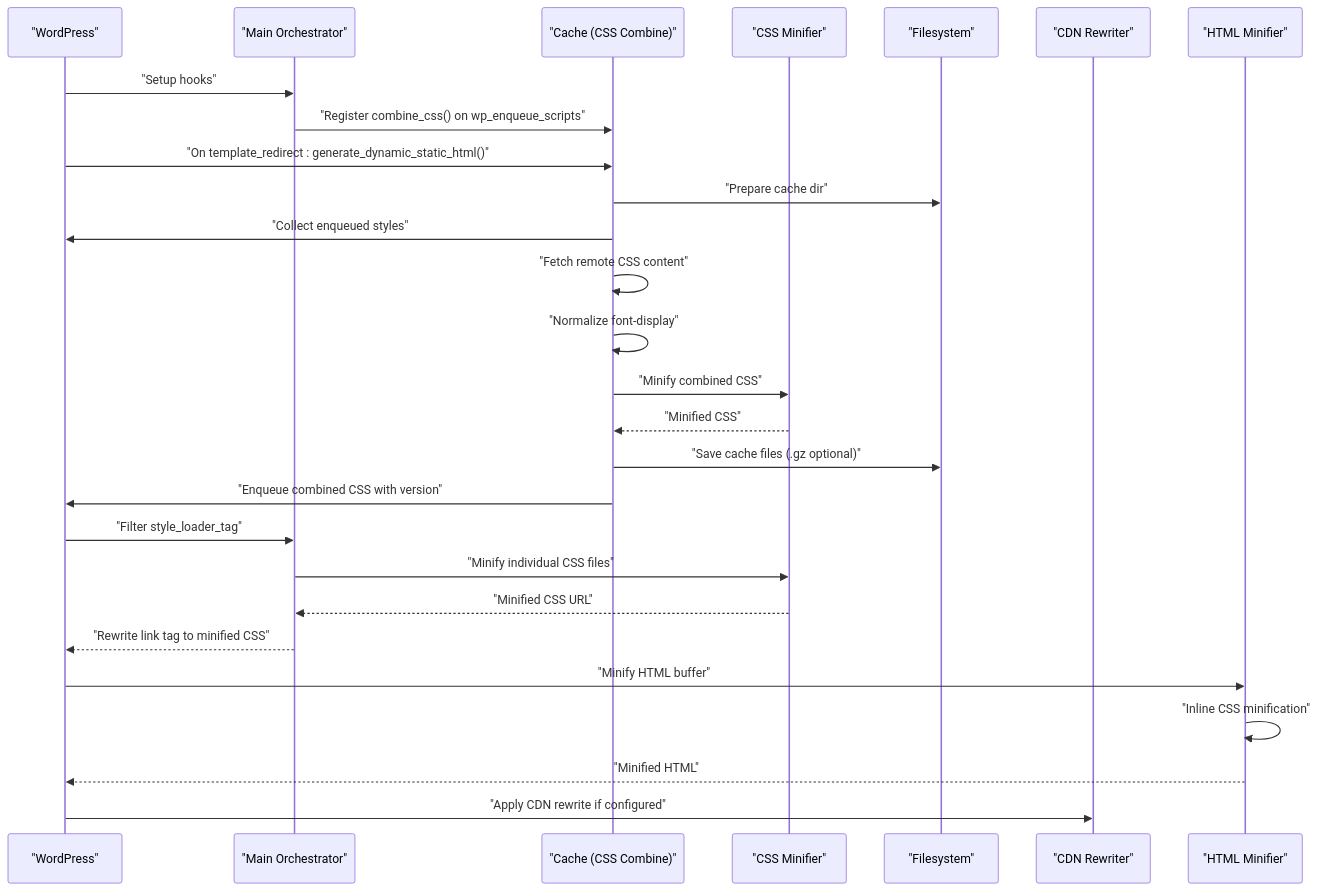
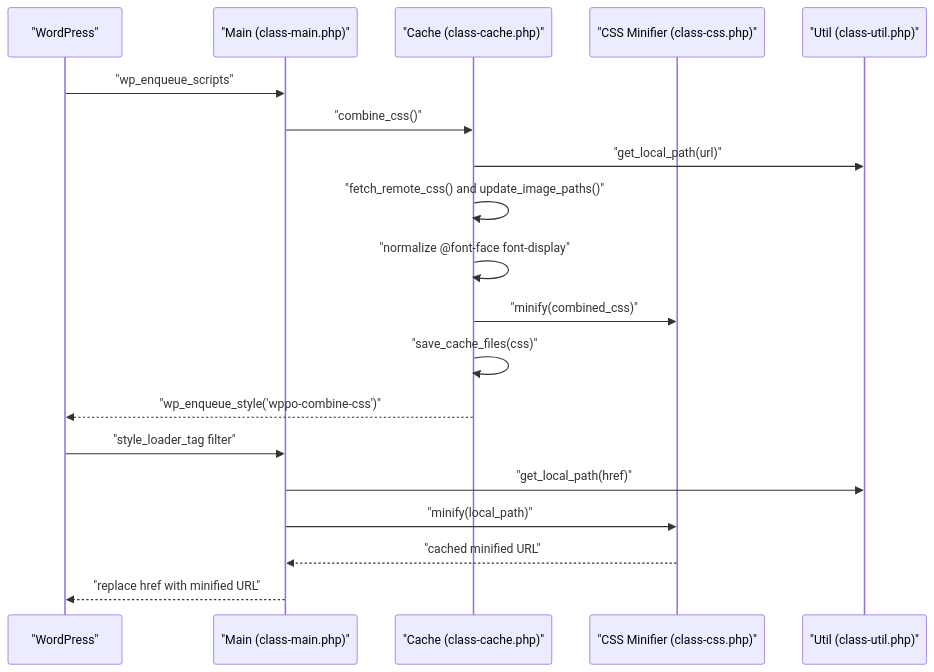
One commit to nilesh32236/performance-optimisation changed the second of 6 diagrams in .qoder/repowiki/en/content/Asset Optimization/CSS Optimization.md. Above: the diagram before and after it, drawn with Mermaid. The commit also changed other lines of this file and 46 other files, not shown here.

````diff
--- a/.qoder/repowiki/en/content/Asset Optimization/CSS Optimization.md
+++ b/.qoder/repowiki/en/content/Asset Optimization/CSS Optimization.md
@@ -80,29 +110,21 @@
 ```mermaid
 sequenceDiagram
 participant WP as "WordPress"
-participant Main as "Main Orchestrator"
-participant Cache as "Cache (CSS Combine)"
-participant CSSMin as "CSS Minifier"
-participant FS as "Filesystem"
-participant CDN as "CDN Rewriter"
-participant HTMLMin as "HTML Minifier"
-WP->>Main : "Setup hooks"
-Main->>Cache : "Register combine_css() on wp_enqueue_scripts"
-WP->>Cache : "On template_redirect : generate_dynamic_static_html()"
-Cache->>FS : "Prepare cache dir"
-Cache->>WP : "Collect enqueued styles"
-Cache->>Cache : "Fetch remote CSS content"
-Cache->>Cache : "Normalize font-display"
-Cache->>CSSMin : "Minify combined CSS"
-CSSMin-->>Cache : "Minified CSS"
-Cache->>FS : "Save cache files (.gz optional)"
-Cache->>WP : "Enqueue combined CSS with version"
-WP->>Main : "Filter style_loader_tag"
-Main->>CSSMin : "Minify individual CSS files"
-CSSMin-->>Main : "Minified CSS URL"
-Main-->>WP : "Rewrite link tag to minified CSS"
-WP->>HTMLMin : "Minify HTML buffer"
-HTMLMin->>HTMLMin : "Inline CSS minification"
-HTMLMin-->>WP : "Minified HTML"
-WP->>CDN : "Apply CDN rewrite if configured"
+participant MAIN as "Main (class-main.php)"
+participant CACHE as "Cache (class-cache.php)"
+participant MINCSS as "CSS Minifier (class-css.php)"
+participant UTIL as "Util (class-util.php)"
+WP->>MAIN : "wp_enqueue_scripts"
+MAIN->>CACHE : "combine_css()"
+CACHE->>UTIL : "get_local_path(url)"
+CACHE->>CACHE : "fetch_remote_css() and update_image_paths()"
+CACHE->>CACHE : "normalize @font-face font-display"
+CACHE->>MINCSS : "minify(combined_css)"
+CACHE->>CACHE : "save_cache_files(css)"
+CACHE-->>WP : "wp_enqueue_style('wppo-combine-css')"
+WP->>MAIN : "style_loader_tag filter"
+MAIN->>UTIL : "get_local_path(href)"
+MAIN->>MINCSS : "minify(local_path)"
+MINCSS-->>MAIN : "cached minified URL"
+MAIN-->>WP : "replace href with minified URL"
 ```
````
